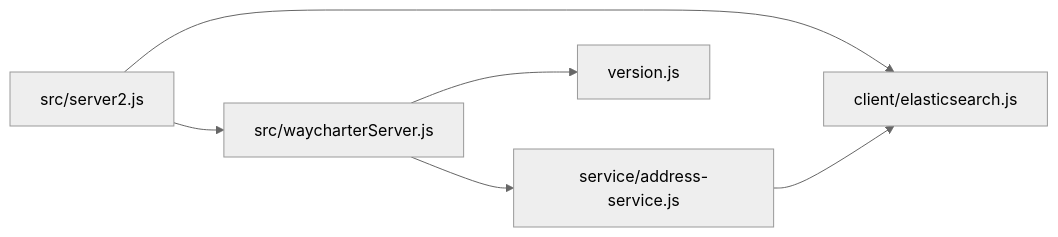
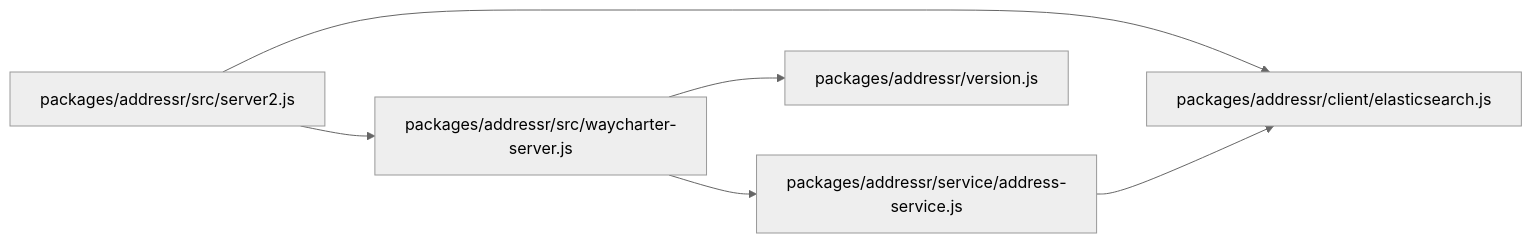
The fifth of 7 diagrams in docs/architecture/C4_MODEL.md (mountain-pass/addressr), drawn with Mermaid (neutral theme) before and after one commit. The commit also changed other lines of this file and 50 other files, not shown here.

````diff
--- a/docs/architecture/C4_MODEL.md
+++ b/docs/architecture/C4_MODEL.md
@@ -163,14 +212,14 @@
 ```mermaid
 flowchart LR
-  server2["src/server2.js"]
-  waycharter["src/waycharterServer.js"]
-  addressSvc["service/address-service.js"]
-  esClient["client/elasticsearch.js"]
-  version["version.js"]
+  server2["packages/addressr/src/server2.js"]
+  waycharter["packages/addressr/src/waycharter-server.js"]
+  addressSvc["packages/addressr/service/address-service.js"]
+  esClient["packages/addressr/client/elasticsearch.js"]
+  version["packages/addressr/version.js"]
 
   server2 --> waycharter
   server2 --> esClient
   waycharter --> addressSvc
   waycharter --> version
   addressSvc --> esClient
 ```
````
